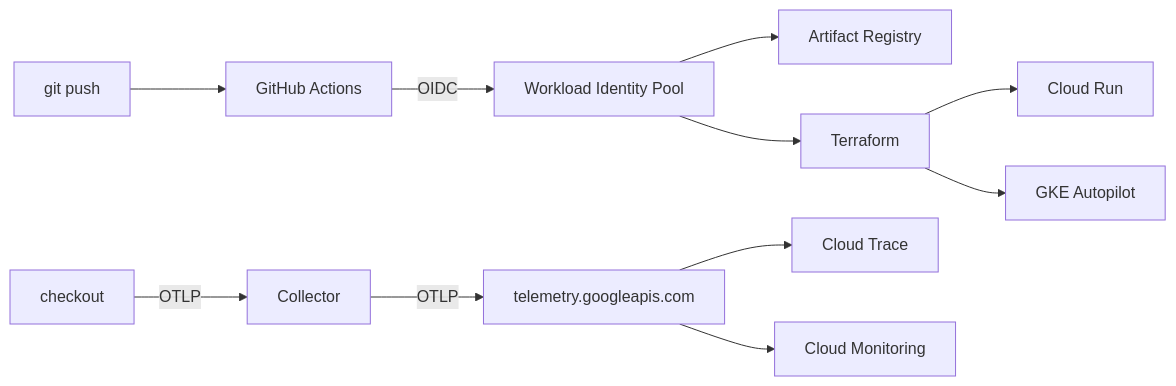
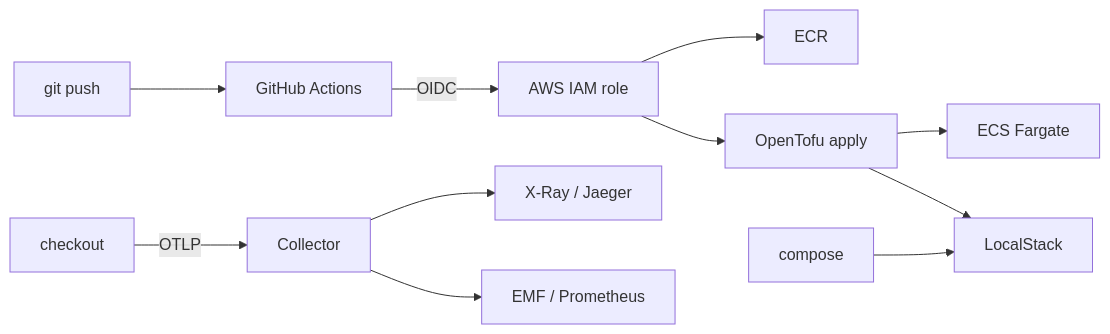
Before and after one commit to Riuchek/go-golden-path: the diagram in docs/architecture.md, drawn with Mermaid. The commit also changed other lines of this file and 108 other files, not shown here.

First line of the commit message:
Make the golden path provider-agnostic with OpenTofu.

````diff
--- a/docs/architecture.md
+++ b/docs/architecture.md
@@ -7,13 +10,13 @@
 ```mermaid
 flowchart LR
   dev[git push] --> gha[GitHub Actions]
-  gha -->|OIDC| wif[Workload Identity Pool]
-  wif --> ar[Artifact Registry]
-  wif --> tf[Terraform]
-  tf --> cr[Cloud Run]
-  tf --> gke[GKE Autopilot]
+  gha -->|OIDC| awsIam[AWS IAM role]
+  awsIam --> ecr[ECR]
+  awsIam --> tofu[OpenTofu apply]
+  tofu --> ecs[ECS Fargate]
   app[checkout] -->|OTLP| col[Collector]
-  col -->|OTLP| tel[telemetry.googleapis.com]
-  tel --> trace[Cloud Trace]
-  tel --> mon[Cloud Monitoring]
+  col --> xray[X-Ray / Jaeger]
+  col --> metrics[EMF / Prometheus]
+  laptop[compose] --> localstack[LocalStack]
+  tofu --> localstack
 ```
````
